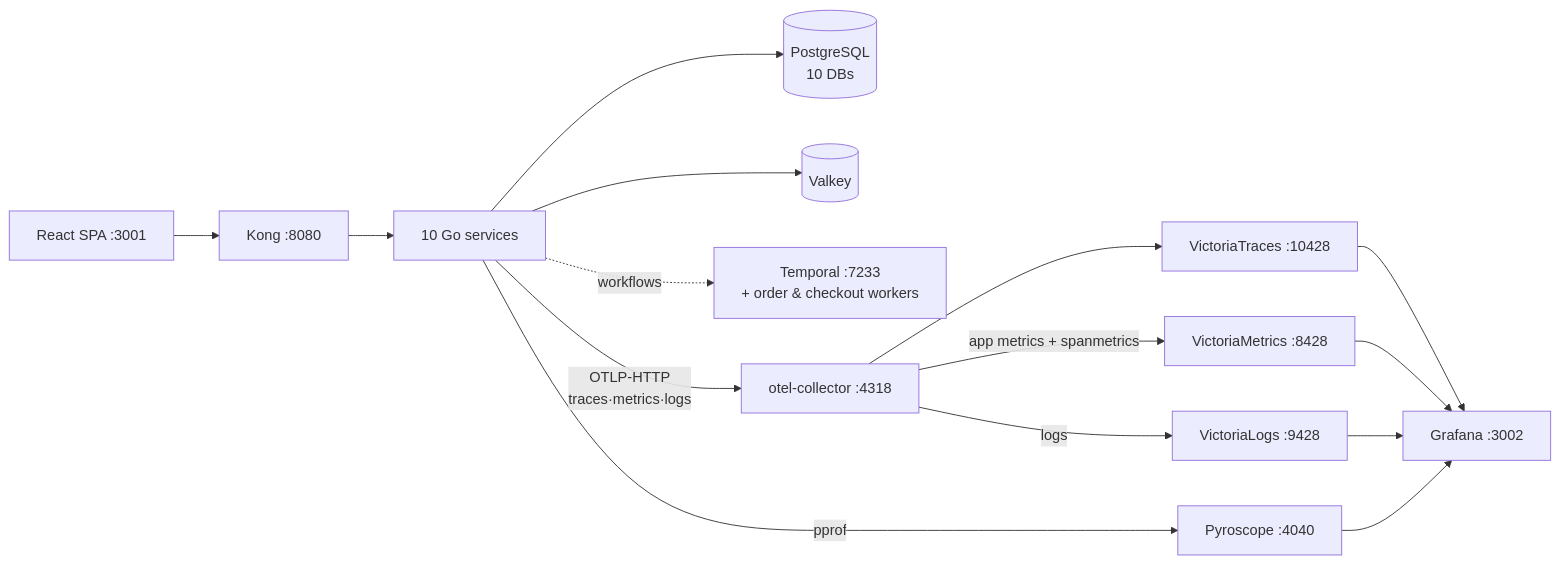
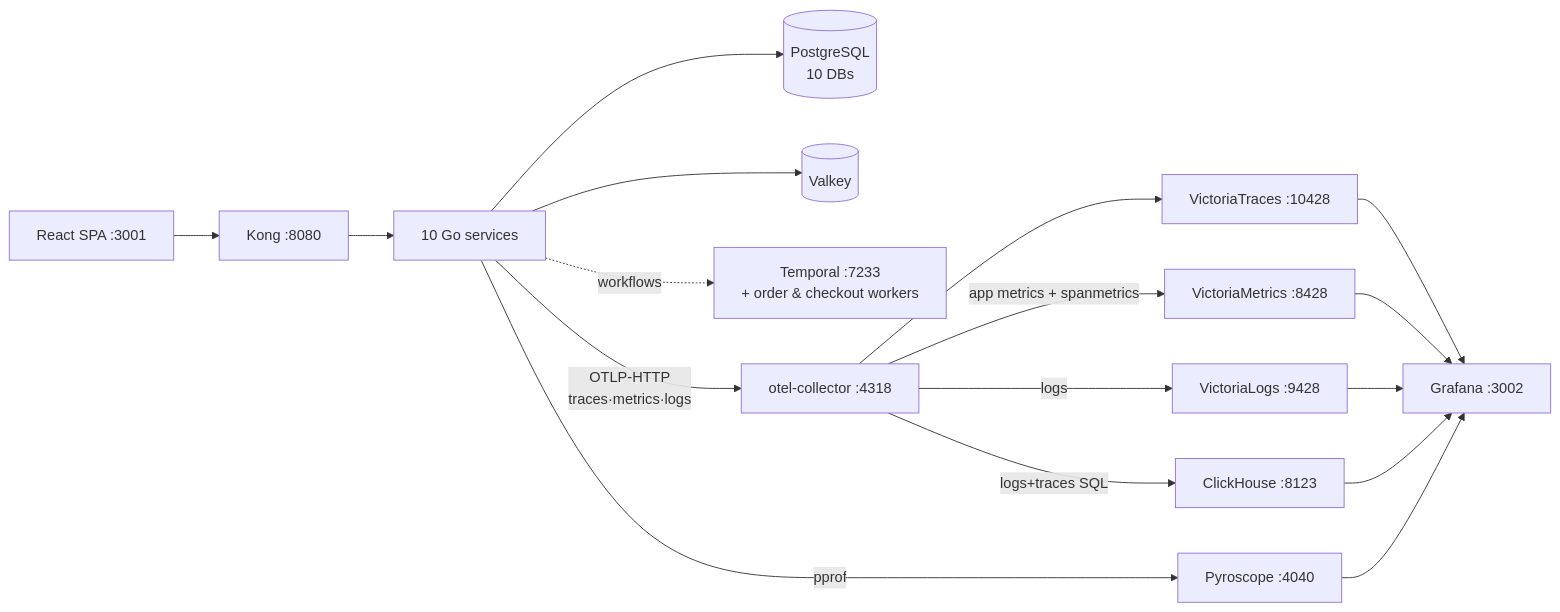
The first of 2 diagrams in local-stack/README.md (duynhlab/homelab), drawn with Mermaid before and after one commit. The commit also changed other lines of this file and 32 other files, not shown here.

First line of the commit message:
Add ClickHouse OLAP for OTel logs+traces (RFC-0019 Phase B) (#560)

````diff
--- a/local-stack/README.md
+++ b/local-stack/README.md
@@ -45,17 +47,19 @@
 ```mermaid
 flowchart LR
     SPA["React SPA :3001"] --> KONG["Kong :8080"]
     KONG --> SVC["10 Go services"]
     SVC --> PG[(PostgreSQL<br/>10 DBs)]
     SVC --> VALKEY[(Valkey)]
     SVC -. workflows .-> TMP["Temporal :7233<br/>+ order & checkout workers"]
     SVC -- "OTLP-HTTP<br/>traces·metrics·logs" --> COL["otel-collector :4318"]
     COL --> VT["VictoriaTraces :10428"]
     COL -->|"app metrics + spanmetrics"| VM["VictoriaMetrics :8428"]
     COL -->|logs| VL["VictoriaLogs :9428"]
+    COL -->|"logs+traces SQL"| CH["ClickHouse :8123"]
     VT --> GRAF["Grafana :3002"]
     VM --> GRAF
     VL --> GRAF
+    CH --> GRAF
     SVC -- "pprof" --> PYRO["Pyroscope :4040"]
     PYRO --> GRAF
 ```
````
